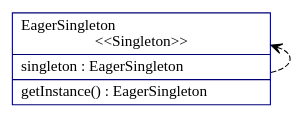
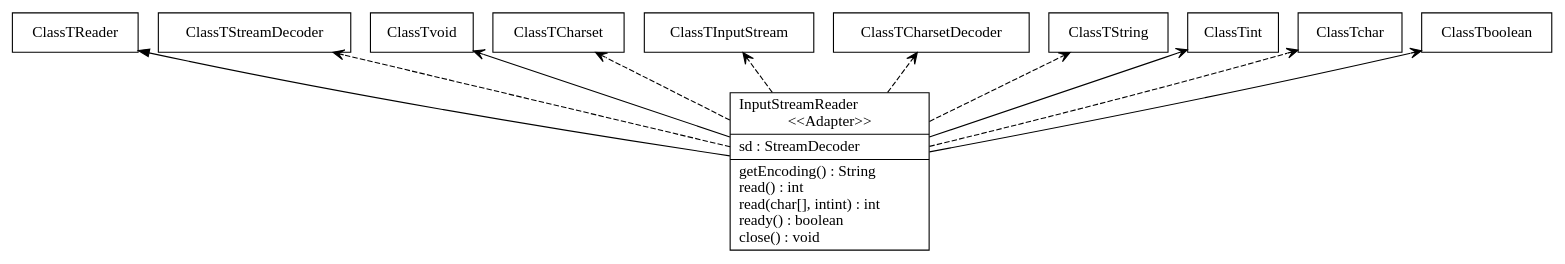
Before and after one commit to chinchalupa/CSSE374-Project: the diagram in input_output/new_file.dot, drawn with Graphviz. The commit also changed 36 other files, not shown here.

```diff
--- a/input_output/new_file.dot
+++ b/input_output/new_file.dot
@@ -1,11 +1,29 @@
 digraph G {
 
 fontname = "Bitstream Vera Sans"
 fontsize = 8
 rankdir=BT
 
-node [shape = "record" color = "#000077"]
-ClassTEagerSingleton [label = "{EagerSingleton\l\<\<Singleton\>\>|singleton : EagerSingleton\l|getInstance() : EagerSingleton\l}"]
+node [shape = "record" outlineColor = "#000000"]
+ClassTInputStreamReader [label = "{InputStreamReader\l\<\<Adapter\>\>|sd : StreamDecoder\l|getEncoding() : String\lread() : int\lread(char[], intint) : int\lready() : boolean\lclose() : void\l}"]
+edge [arrowhead = "normal" style = "solid" ]
+ClassTInputStreamReader -> ClassTReader
 edge [arrowhead = "vee" style = "dashed" ]
-ClassTEagerSingleton -> ClassTEagerSingleton
+ClassTInputStreamReader -> ClassTStreamDecoder
+edge [arrowhead = "vee" style = "solid" ]
+ClassTInputStreamReader -> ClassTvoid
+edge [arrowhead = "vee" style = "dashed" ]
+ClassTInputStreamReader -> ClassTCharset
+edge [arrowhead = "vee" style = "dashed" ]
+ClassTInputStreamReader -> ClassTInputStream
+edge [arrowhead = "vee" style = "dashed" ]
+ClassTInputStreamReader -> ClassTCharsetDecoder
+edge [arrowhead = "vee" style = "dashed" ]
+ClassTInputStreamReader -> ClassTString
+edge [arrowhead = "vee" style = "solid" ]
+ClassTInputStreamReader -> ClassTint
+edge [arrowhead = "vee" style = "dashed" ]
+ClassTInputStreamReader -> ClassTchar[]
+edge [arrowhead = "vee" style = "solid" ]
+ClassTInputStreamReader -> ClassTboolean
 }
```
